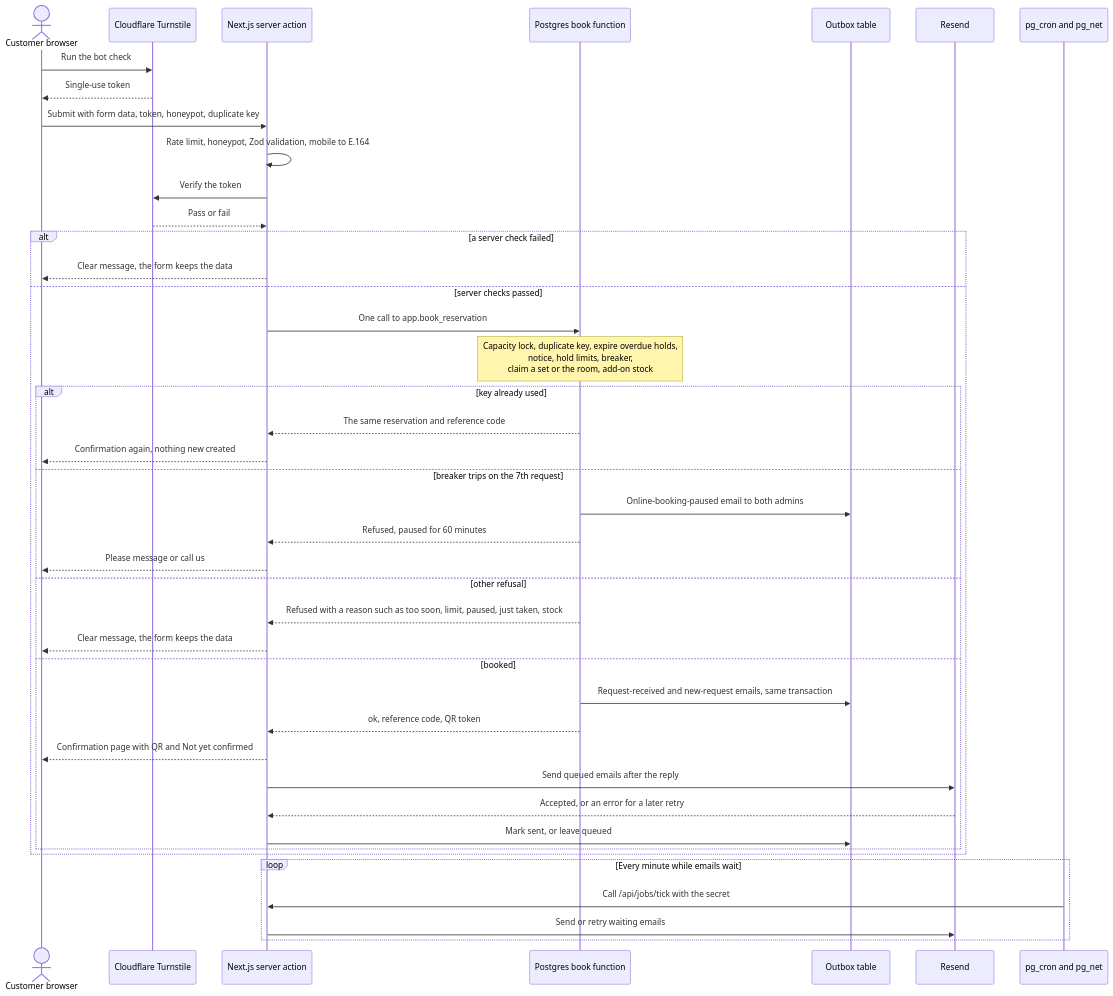
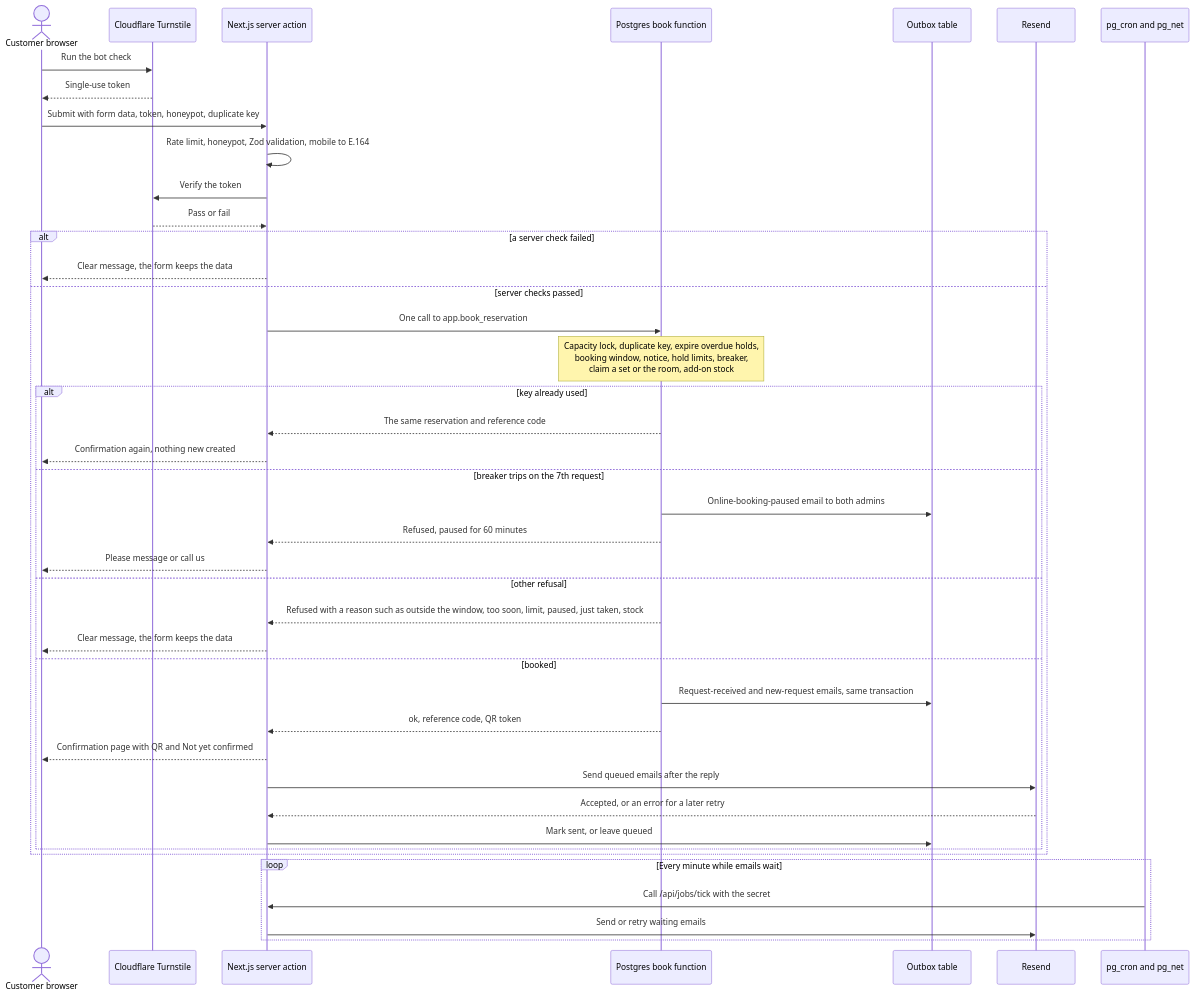
The sixth of 8 diagrams in docs/03-workflows/booking-and-submission.md (DevNarvs/kasoundbox-2026), drawn with Mermaid before and after one commit. The commit also changed other lines of this file and 6 other files, not shown here.

````diff
--- a/docs/03-workflows/booking-and-submission.md
+++ b/docs/03-workflows/booking-and-submission.md
@@ -416,44 +425,44 @@
 ```mermaid
 sequenceDiagram
     actor C as Customer browser
     participant T as Cloudflare Turnstile
     participant N as Next.js server action
     participant DB as Postgres book function
     participant O as Outbox table
     participant R as Resend
     participant J as pg_cron and pg_net
     C->>T: Run the bot check
     T-->>C: Single-use token
     C->>N: Submit with form data, token, honeypot, duplicate key
     N->>N: Rate limit, honeypot, Zod validation, mobile to E.164
     N->>T: Verify the token
     T-->>N: Pass or fail
     alt a server check failed
         N-->>C: Clear message, the form keeps the data
     else server checks passed
         N->>DB: One call to app.book_reservation
-        Note over DB: Capacity lock, duplicate key, expire overdue holds,<br/>notice, hold limits, breaker,<br/>claim a set or the room, add-on stock
+        Note over DB: Capacity lock, duplicate key, expire overdue holds,<br/>booking window, notice, hold limits, breaker,<br/>claim a set or the room, add-on stock
         alt key already used
             DB-->>N: The same reservation and reference code
             N-->>C: Confirmation again, nothing new created
         else breaker trips on the 7th request
             DB->>O: Online-booking-paused email to both admins
             DB-->>N: Refused, paused for 60 minutes
             N-->>C: Please message or call us
         else other refusal
-            DB-->>N: Refused with a reason such as too soon, limit, paused, just taken, stock
+            DB-->>N: Refused with a reason such as outside the window, too soon, limit, paused, just taken, stock
             N-->>C: Clear message, the form keeps the data
         else booked
             DB->>O: Request-received and new-request emails, same transaction
             DB-->>N: ok, reference code, QR token
             N-->>C: Confirmation page with QR and Not yet confirmed
             N->>R: Send queued emails after the reply
             R-->>N: Accepted, or an error for a later retry
             N->>O: Mark sent, or leave queued
         end
     end
     loop Every minute while emails wait
         J->>N: Call /api/jobs/tick with the secret
         N->>R: Send or retry waiting emails
     end
 ```
````
